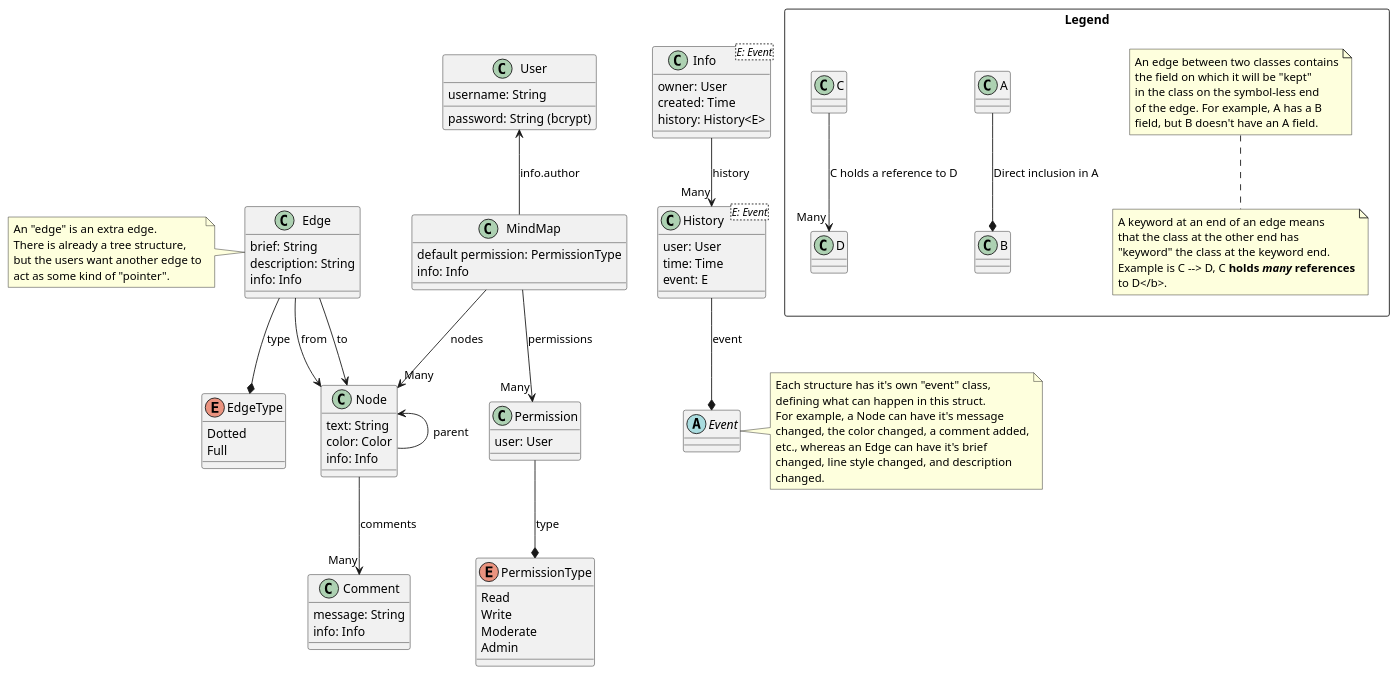
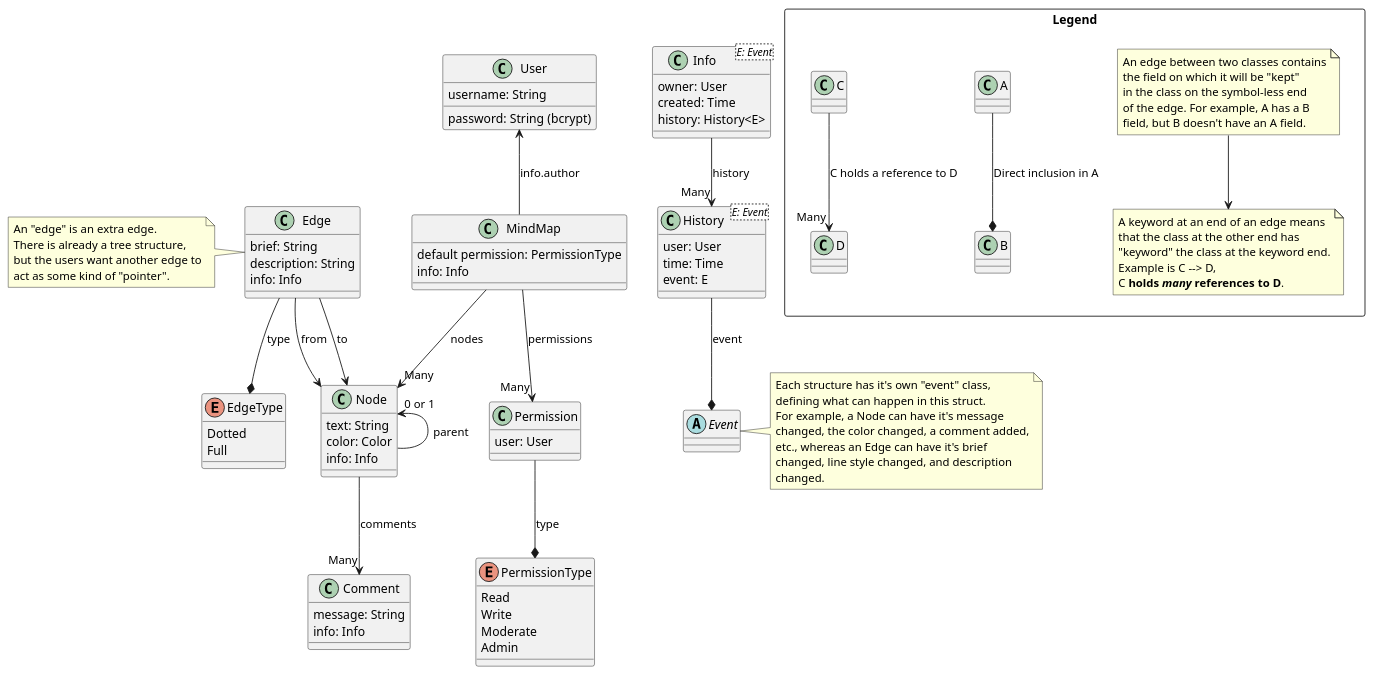
The diagram in specs/classes.puml (FlatBartender/mindmap), drawn with PlantUML before and after one commit.

Commit message:
Clarify the parent/children relationship between nodes

```diff
--- a/specs/classes.puml
+++ b/specs/classes.puml
@@ -1,124 +1,126 @@
 @startuml
 
 class MindMap {
 	default permission: PermissionType
 	info: Info
 }
 
 MindMap --> "Many" Node : nodes
 MindMap --> "Many" Permission : permissions
 
 class Permission {
 	user: User
 }
 
 Permission --* PermissionType : type
 
 enum PermissionType {
 	Read
 	Write
 	Moderate
 	Admin
 }
 
 class Node {
 	text: String
 	color: Color
 	info: Info
 }
 
-Node <-- Node : parent
+Node "0 or 1" <-- Node : parent
 
 class Comment {
 	message: String
 	info: Info
 }
 
 Node --> "Many" Comment : comments
 
 class Edge {
 	brief: String
 	description: String
 	info: Info
 }
 
 note left of Edge
 	An "edge" is an extra edge. 
 	There is already a tree structure,
 	but the users want another edge to
 	act as some kind of "pointer".
 end note
 
 Edge --> Node : from
 Edge --> Node : to
 
 enum EdgeType {
 	Dotted
 	Full
 }
 
 Edge --* EdgeType : type
 
 class User {
 	username: String
 	password: String (bcrypt)
 }
 
 User <-- MindMap : info.author
 
 class Info<E: Event> {
 	owner: User
 	created: Time
 	history: History<E>
 }
 
 class History<E: Event> {
 	user: User
 	time: Time
 	event: E
 }
 
 abstract class Event
 
 Info --> "Many" History : history
 History --* Event : event
 
 note right of Event
 	Each structure has it's own "event" class,
 	defining what can happen in this struct.
 	For example, a Node can have it's message
 	changed, the color changed, a comment added,
 	etc., whereas an Edge can have it's brief
 	changed, line style changed, and description
 	changed.
 end note
 
 package Legend <<Rectangle>> {
 	class A
 	class B
 	A --* B : Direct inclusion in A
 
 	class C
 	class D
 	C --> "Many" D : C holds a reference to D
 
 	together {
 		note as legend_note_1
 			An edge between two classes contains
 			the field on which it will be "kept"
 			in the class on the symbol-less end
 			of the edge. For example, A has a B
 			field, but B doesn't have an A field.
 		end note
 
-		note bottom of legend_note_1 
+		note as legend_note_2
 			A keyword at an end of an edge means
 			that the class at the other end has
 			"keyword" the class at the keyword end.
-			Example is C --> D, C <b>holds <i>many</i> references
-			to D</b>.
+			Example is C --> D,
+			C <b>holds <i>many</i> references to D</b>.
 		end note
+
+		legend_note_1 -down-> legend_note_2
 	}
 }
 
 @enduml
```
